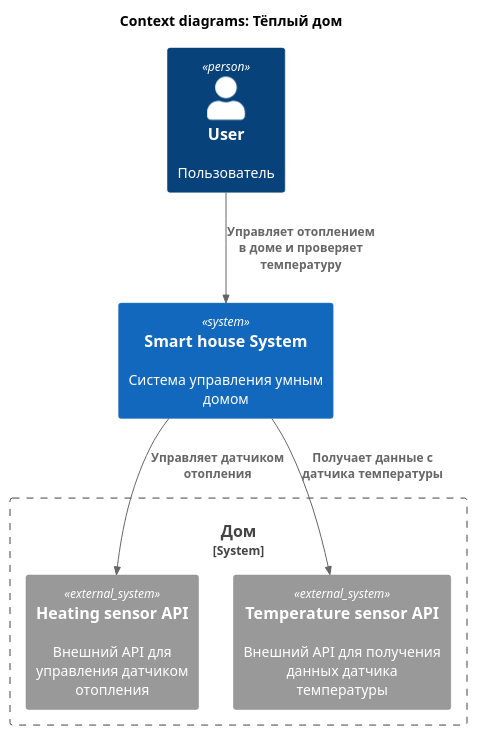
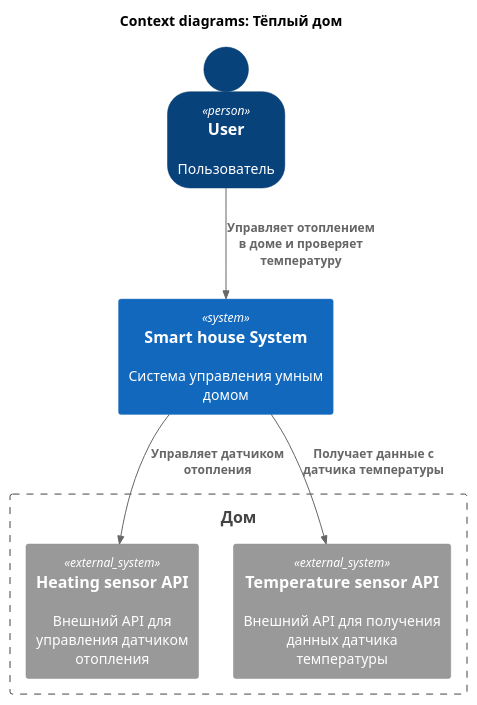
One commit to binom1982/Yandex-Practicum-architecture-pro-warmhouse changed the diagram in C4_Diagrams/C4_Context_warm-house.puml. Above: the diagram before and after it, drawn with PlantUML. The commit also changed 3 other files, not shown here.

Commit message:
Создание диаграммы контейнеров

```diff
--- a/C4_Diagrams/C4_Context_warm-house.puml
+++ b/C4_Diagrams/C4_Context_warm-house.puml
@@ -1,21 +1,22 @@
 @startuml
 !include Templates/C4_Context.puml
 title "Context diagrams: Тёплый дом"
 
+SHOW_PERSON_OUTLINE()
 LAYOUT_TOP_DOWN()
 'LAYOUT_AS_SKETCH()
 
 Person(user, "User", "Пользователь")
 System(smart_house_system, "Smart house System ", "Система управления умным домом")
 
-System_Boundary(house, "Дом") {
+Boundary(house, "Дом") {
     System_Ext(heating_sensor_api, "Heating sensor API", "Внешний API для управления датчиком отопления",)
     System_Ext(temperature_sensor_api, "Temperature sensor API", "Внешний API для получения данных датчика температуры",)
 }
 
 Rel(user, smart_house_system, "Управляет отоплением в доме и проверяет температуру")
 Rel(smart_house_system, heating_sensor_api, "Управляет датчиком отопления")
 Rel(smart_house_system, temperature_sensor_api, "Получает данные с датчика температуры")
 
 'SHOW_LEGEND()
 @enduml
```
